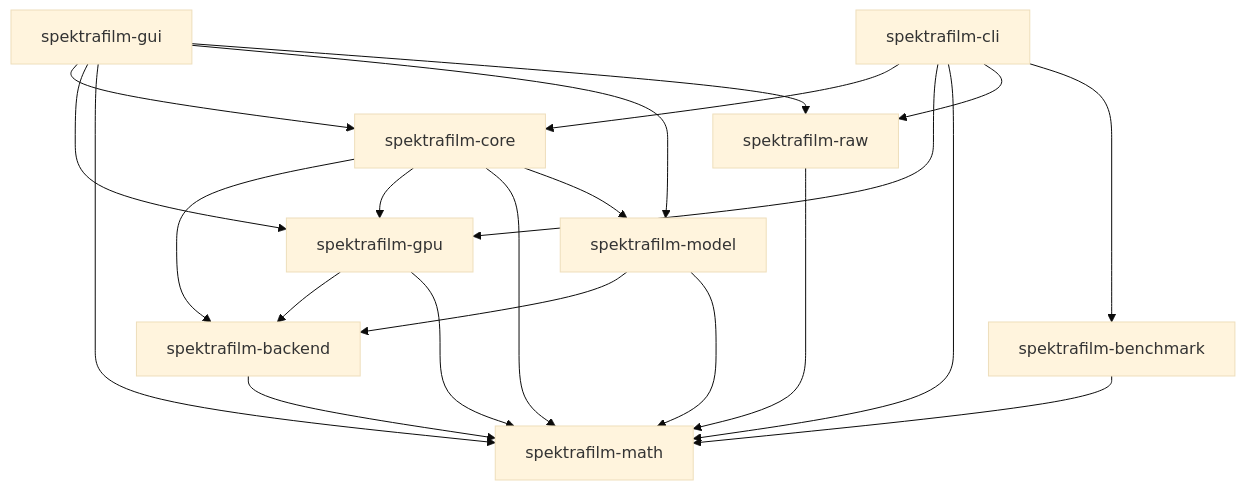
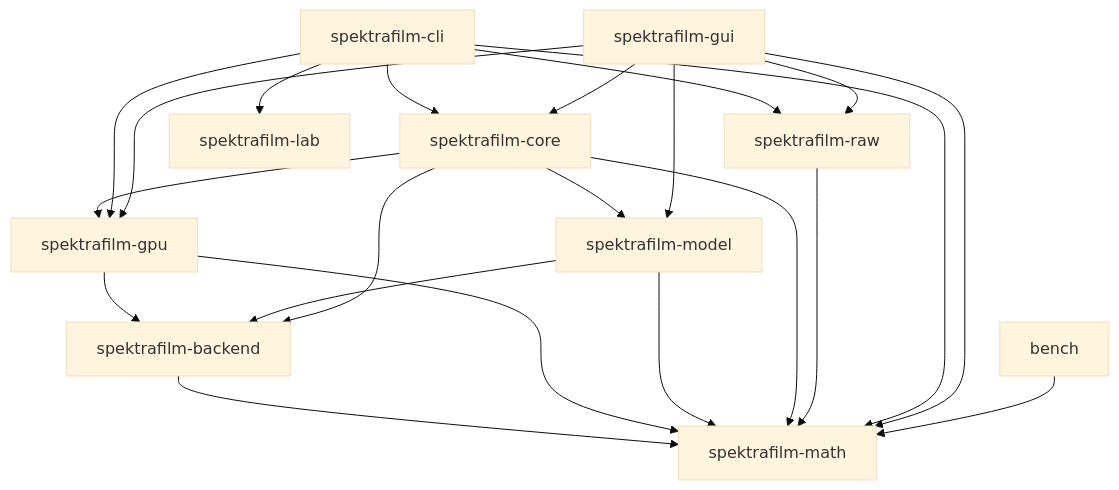
Before and after one commit to suraciii/spektrafilm-rs: the diagram in specs/compute-backend/design.md, drawn with Mermaid (base theme). The commit also changed other lines of this file and 256 other files, not shown here.

````diff
--- a/specs/compute-backend/design.md
+++ b/specs/compute-backend/design.md
@@ -54,34 +54,34 @@
 ```mermaid
 graph TD
     math[spektrafilm-math]
     backend[spektrafilm-backend]
     gpu[spektrafilm-gpu]
     core[spektrafilm-core]
     model[spektrafilm-model]
     raw[spektrafilm-raw]
     cli[spektrafilm-cli]
     gui[spektrafilm-gui]
-    bench[spektrafilm-benchmark]
+    lab[spektrafilm-lab]
 
     backend --> math
     gpu --> backend
     gpu --> math
     model --> backend
     model --> math
     core --> backend
     core --> gpu
     core --> math
     core --> model
     raw --> math
     cli --> core
     cli --> gpu
     cli --> math
     cli --> raw
     gui --> core
     gui --> gpu
     gui --> math
     gui --> model
     gui --> raw
     bench --> math
-    cli --> bench
+    cli --> lab
 ```
````
